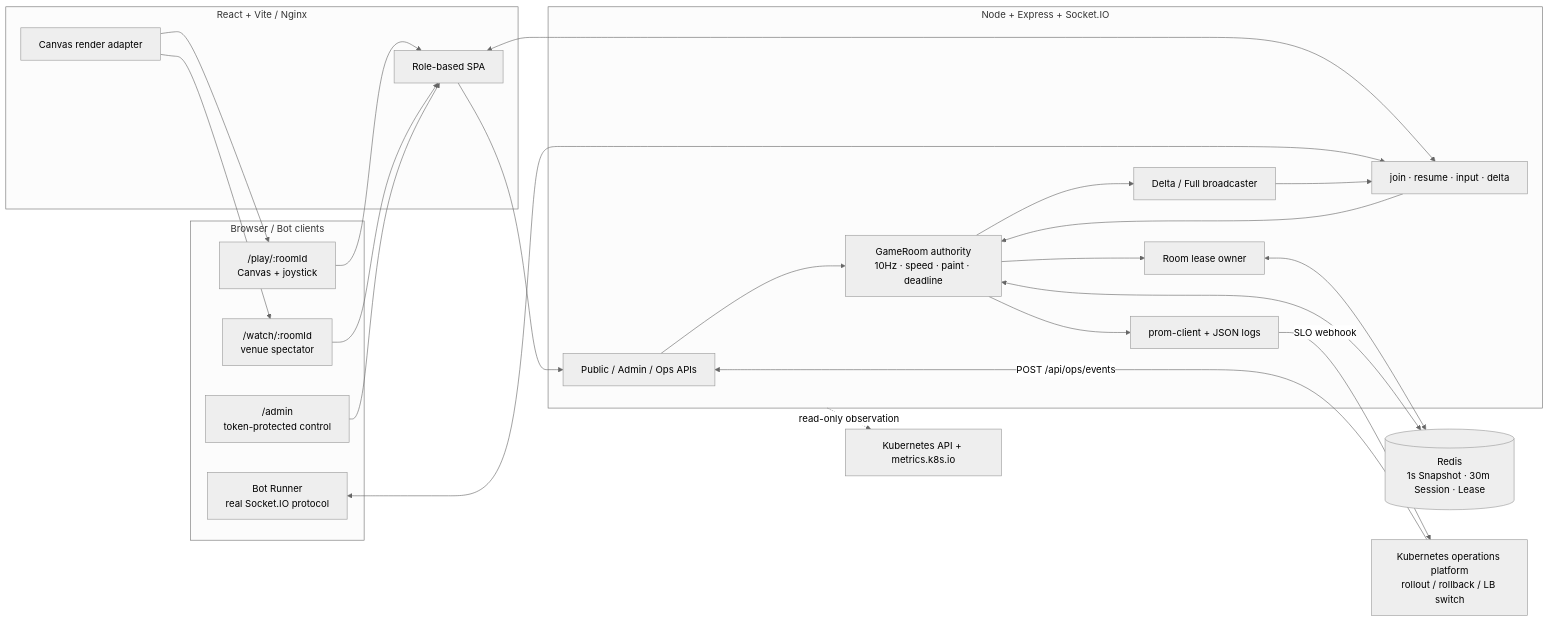
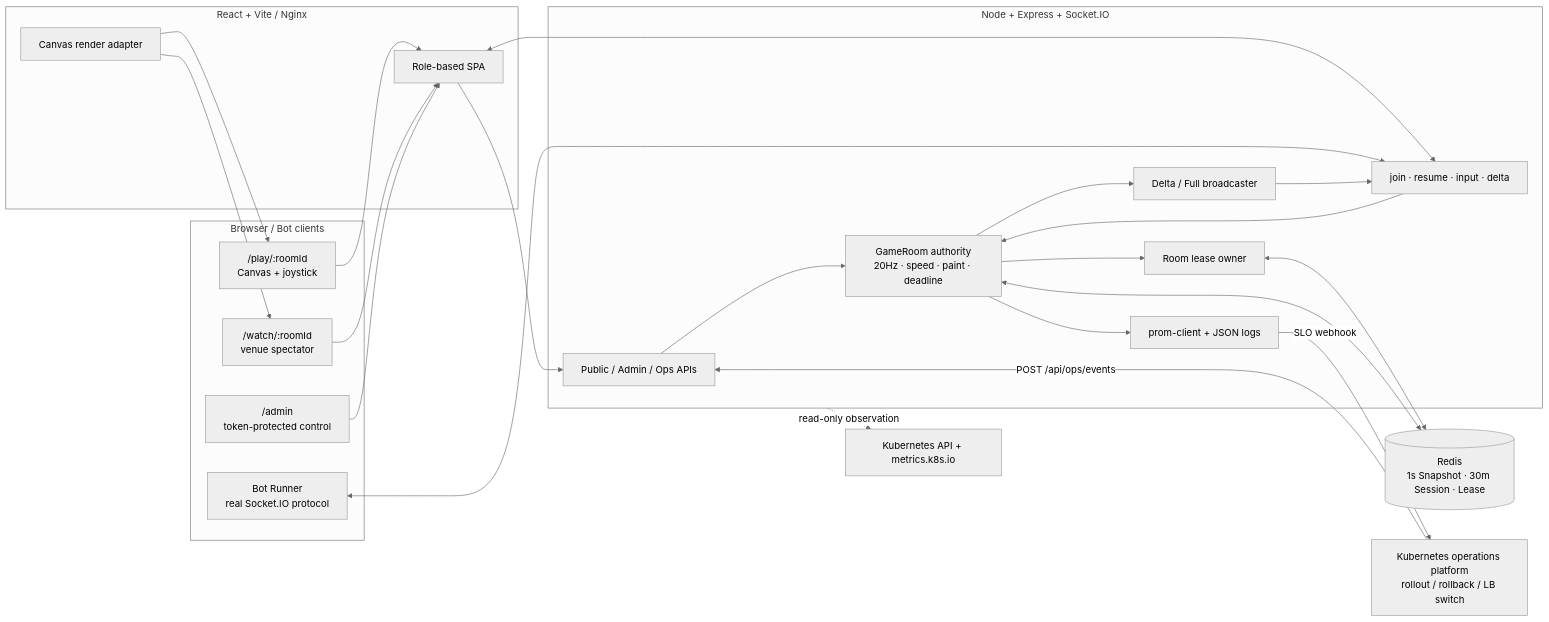
Before and after one commit to Jungle-303-04/COLOR-TURF-ARENA: the first of 3 diagrams in docs/architecture.md, drawn with Mermaid (neutral theme). The commit also changed other lines of this file and 11 other files, not shown here.

````diff
--- a/docs/architecture.md
+++ b/docs/architecture.md
@@ -5,47 +5,47 @@
 ```mermaid
 flowchart LR
     subgraph Clients["Browser / Bot clients"]
         Player["/play/:roomId\nCanvas + joystick"]
         Watch["/watch/:roomId\nvenue spectator"]
         Admin["/admin\ntoken-protected control"]
         Bot["Bot Runner\nreal Socket.IO protocol"]
     end
 
     subgraph Web["React + Vite / Nginx"]
         SPA["Role-based SPA"]
         Renderer["Canvas render adapter"]
     end
 
     subgraph Server["Node + Express + Socket.IO"]
         REST["Public / Admin / Ops APIs"]
         Socket["join · resume · input · delta"]
-        Engine["GameRoom authority\n10Hz · speed · paint · deadline"]
+        Engine["GameRoom authority\n20Hz · speed · paint · deadline"]
         Broadcaster["Delta / Full broadcaster"]
         Metrics["prom-client + JSON logs"]
         Lease["Room lease owner"]
     end
 
     Redis[("Redis\n1s Snapshot · 30m Session · Lease")]
     Platform["Kubernetes operations platform\nrollout / rollback / LB switch"]
     Kube["Kubernetes API + metrics.k8s.io"]
 
     Player --> SPA
     Watch --> SPA
     Admin --> SPA
     SPA --> REST
     SPA <--> Socket
     Bot <--> Socket
     Renderer --> Player
     Renderer --> Watch
     Socket --> Engine
     REST --> Engine
     Engine --> Broadcaster
     Broadcaster --> Socket
     Engine --> Metrics
     Engine --> Lease
     Lease <--> Redis
     Engine <--> Redis
     Platform -->|"POST /api/ops/events"| REST
     Metrics -->|"SLO webhook"| Platform
     Server -. "read-only observation" .-> Kube
 ```
````
